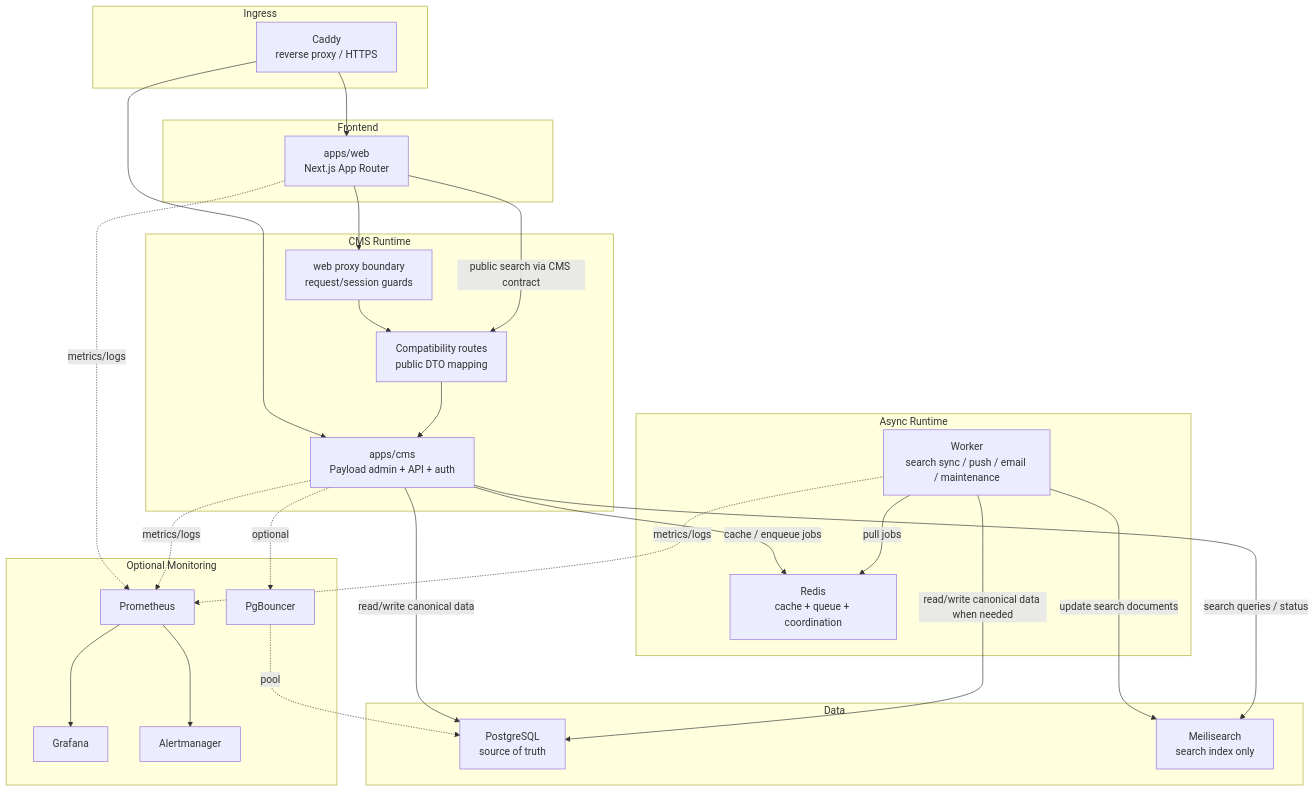
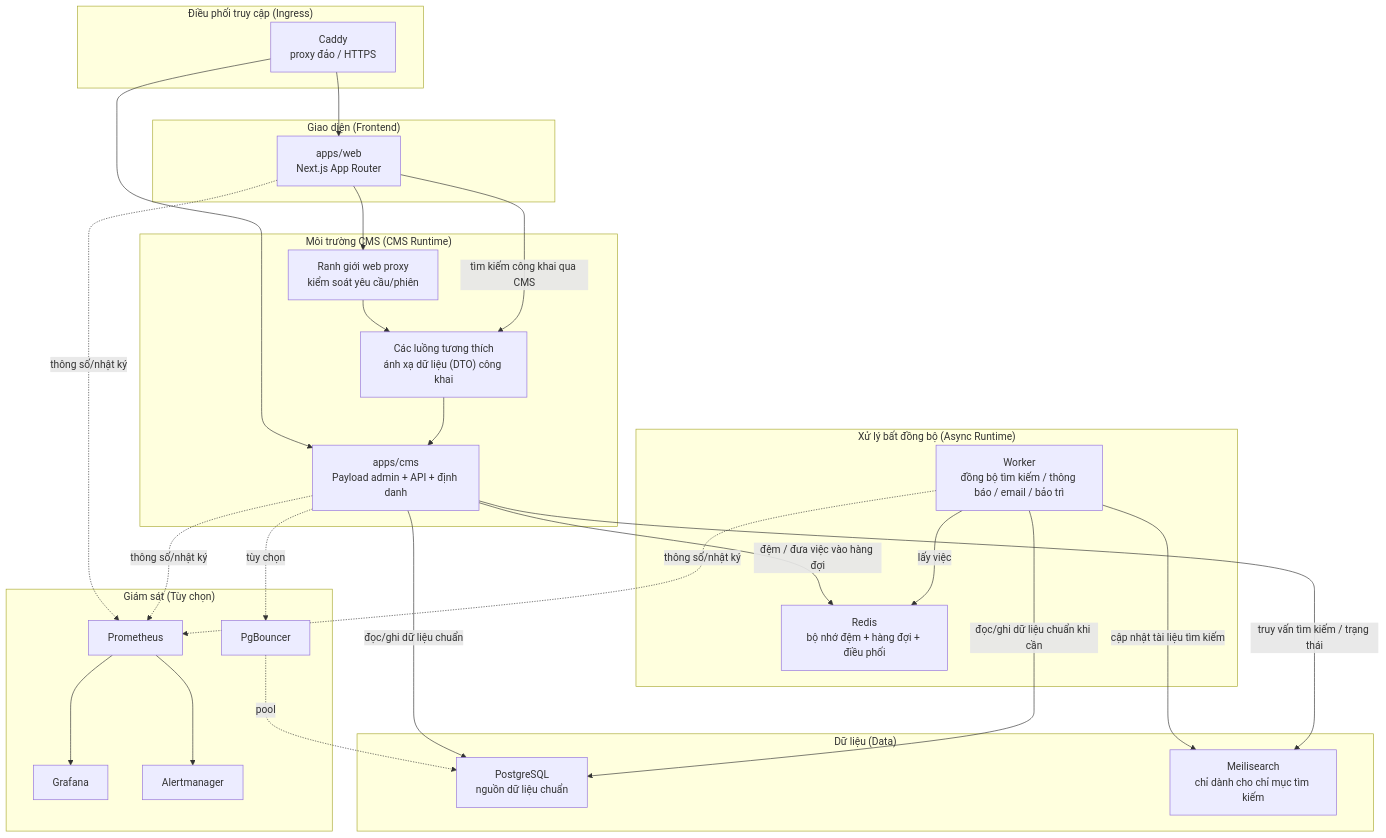
One commit to QuyenVjp/PMTL_VN changed the diagram in design/00-overview/architecture.mmd. Above: the diagram before and after it, drawn with Mermaid. The commit also changed 40 other files, not shown here.

Commit message:
update tiếng việt và dễ nhìn , trước khi update từ dữ liệu PDF

```diff
--- a/design/00-overview/architecture.mmd
+++ b/design/00-overview/architecture.mmd
@@ -1,56 +1,56 @@
 graph TD
-    subgraph "Ingress"
-        Caddy["Caddy<br/>reverse proxy / HTTPS"]
+    subgraph "Điều phối truy cập (Ingress)"
+        Caddy["Caddy<br/>proxy đảo / HTTPS"]
     end
 
-    subgraph "Frontend"
+    subgraph "Giao diện (Frontend)"
         Web["apps/web<br/>Next.js App Router"]
     end
 
-    subgraph "CMS Runtime"
-        CMS["apps/cms<br/>Payload admin + API + auth"]
-        Compat["Compatibility routes<br/>public DTO mapping"]
-        Proxy["web proxy boundary<br/>request/session guards"]
+    subgraph "Môi trường CMS (CMS Runtime)"
+        CMS["apps/cms<br/>Payload admin + API + định danh"]
+        Compat["Các luồng tương thích<br/>ánh xạ dữ liệu (DTO) công khai"]
+        Proxy["Ranh giới web proxy<br/>kiểm soát yêu cầu/phiên"]
     end
 
-    subgraph "Async Runtime"
-        Redis["Redis<br/>cache + queue + coordination"]
-        Worker["Worker<br/>search sync / push / email / maintenance"]
+    subgraph "Xử lý bất đồng bộ (Async Runtime)"
+        Redis["Redis<br/>bộ nhớ đệm + hàng đợi + điều phối"]
+        Worker["Worker<br/>đồng bộ tìm kiếm / thông báo / email / bảo trì"]
     end
 
-    subgraph "Data"
-        Postgres["PostgreSQL<br/>source of truth"]
-        Meili["Meilisearch<br/>search index only"]
+    subgraph "Dữ liệu (Data)"
+        Postgres["PostgreSQL<br/>nguồn dữ liệu chuẩn"]
+        Meili["Meilisearch<br/>chỉ dành cho chỉ mục tìm kiếm"]
     end
 
-    subgraph "Optional Monitoring"
+    subgraph "Giám sát (Tùy chọn)"
         PgBouncer["PgBouncer"]
         Prometheus["Prometheus"]
         Grafana["Grafana"]
         Alertmanager["Alertmanager"]
     end
 
     Caddy --> Web
     Caddy --> CMS
 
     Web --> Proxy
     Proxy --> Compat
     Compat --> CMS
 
-    CMS -->|read/write canonical data| Postgres
-    CMS -->|cache / enqueue jobs| Redis
-    Worker -->|pull jobs| Redis
-    Worker -->|read/write canonical data when needed| Postgres
-    Worker -->|update search documents| Meili
+    CMS -->|đọc/ghi dữ liệu chuẩn| Postgres
+    CMS -->|đệm / đưa việc vào hàng đợi| Redis
+    Worker -->|lấy việc| Redis
+    Worker -->|đọc/ghi dữ liệu chuẩn khi cần| Postgres
+    Worker -->|cập nhật tài liệu tìm kiếm| Meili
 
-    CMS -->|search queries / status| Meili
-    Web -->|public search via CMS contract| Compat
+    CMS -->|truy vấn tìm kiếm / trạng thái| Meili
+    Web -->|tìm kiếm công khai qua CMS| Compat
 
-    CMS -. optional .-> PgBouncer
+    CMS -. tùy chọn .-> PgBouncer
     PgBouncer -. pool .-> Postgres
 
-    Web -. metrics/logs .-> Prometheus
-    CMS -. metrics/logs .-> Prometheus
-    Worker -. metrics/logs .-> Prometheus
+    Web -. thông số/nhật ký .-> Prometheus
+    CMS -. thông số/nhật ký .-> Prometheus
+    Worker -. thông số/nhật ký .-> Prometheus
     Prometheus --> Grafana
     Prometheus --> Alertmanager
```
